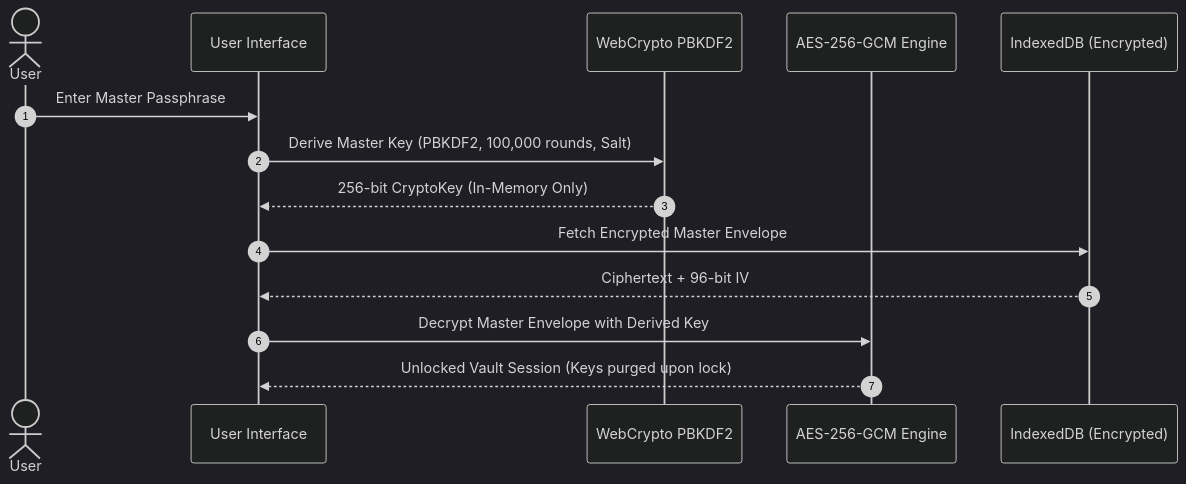
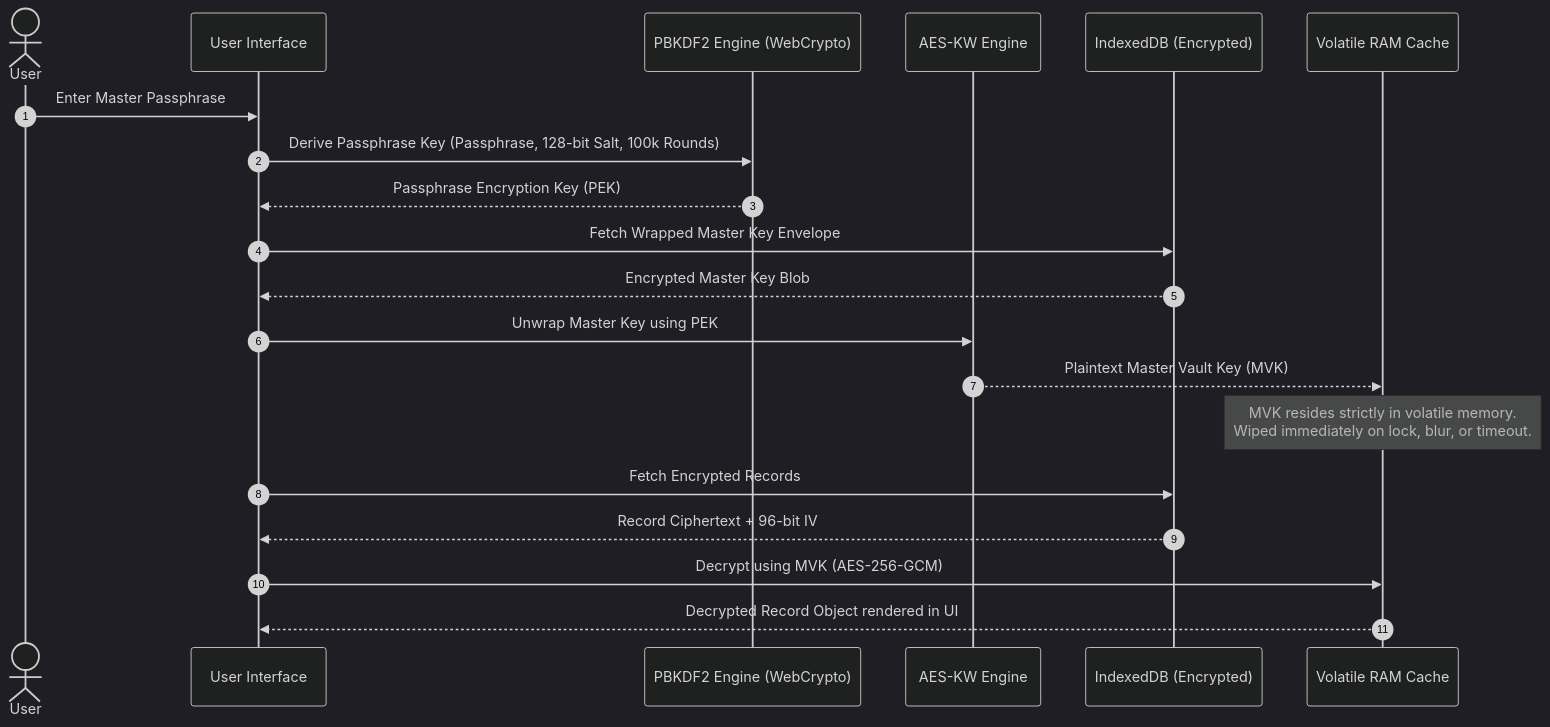
One commit to mylifedock/mylifedock changed the fourth of 5 diagrams in docs/PersonalVault_Master_Product_Documentation.md. Above: the diagram before and after it, drawn with Mermaid (dark theme). The commit also changed other lines of this file and 5 other files, not shown here.

Commit message:
docs: integrate high-res founder photo (founder.jpg) and expand enterprise Master Product Documentation with step-by-step user guides

````diff
--- a/docs/PersonalVault_Master_Product_Documentation.md
+++ b/docs/PersonalVault_Master_Product_Documentation.md
@@ -79,17 +132,23 @@
 ```mermaid
 sequenceDiagram
     autonumber
-    actor User
+    actor User as User
     participant UI as User Interface
-    participant Engine as WebCrypto PBKDF2
-    participant AES as AES-256-GCM Engine
+    participant KDF as PBKDF2 Engine (WebCrypto)
+    participant KW as AES-KW Engine
     participant DB as IndexedDB (Encrypted)
+    participant RAM as Volatile RAM Cache
 
     User->>UI: Enter Master Passphrase
-    UI->>Engine: Derive Master Key (PBKDF2, 100,000 rounds, Salt)
-    Engine-->>UI: 256-bit CryptoKey (In-Memory Only)
-    UI->>DB: Fetch Encrypted Master Envelope
-    DB-->>UI: Ciphertext + 96-bit IV
-    UI->>AES: Decrypt Master Envelope with Derived Key
-    AES-->>UI: Unlocked Vault Session (Keys purged upon lock)
+    UI->>KDF: Derive Passphrase Key (Passphrase, 128-bit Salt, 100k Rounds)
+    KDF-->>UI: Passphrase Encryption Key (PEK)
+    UI->>DB: Fetch Wrapped Master Key Envelope
+    DB-->>UI: Encrypted Master Key Blob
+    UI->>KW: Unwrap Master Key using PEK
+    KW-->>RAM: Plaintext Master Vault Key (MVK)
+    Note over RAM: MVK resides strictly in volatile memory.<br>Wiped immediately on lock, blur, or timeout.
+    UI->>DB: Fetch Encrypted Records
+    DB-->>UI: Record Ciphertext + 96-bit IV
+    UI->>RAM: Decrypt using MVK (AES-256-GCM)
+    RAM-->>UI: Decrypted Record Object rendered in UI
 ```
````
